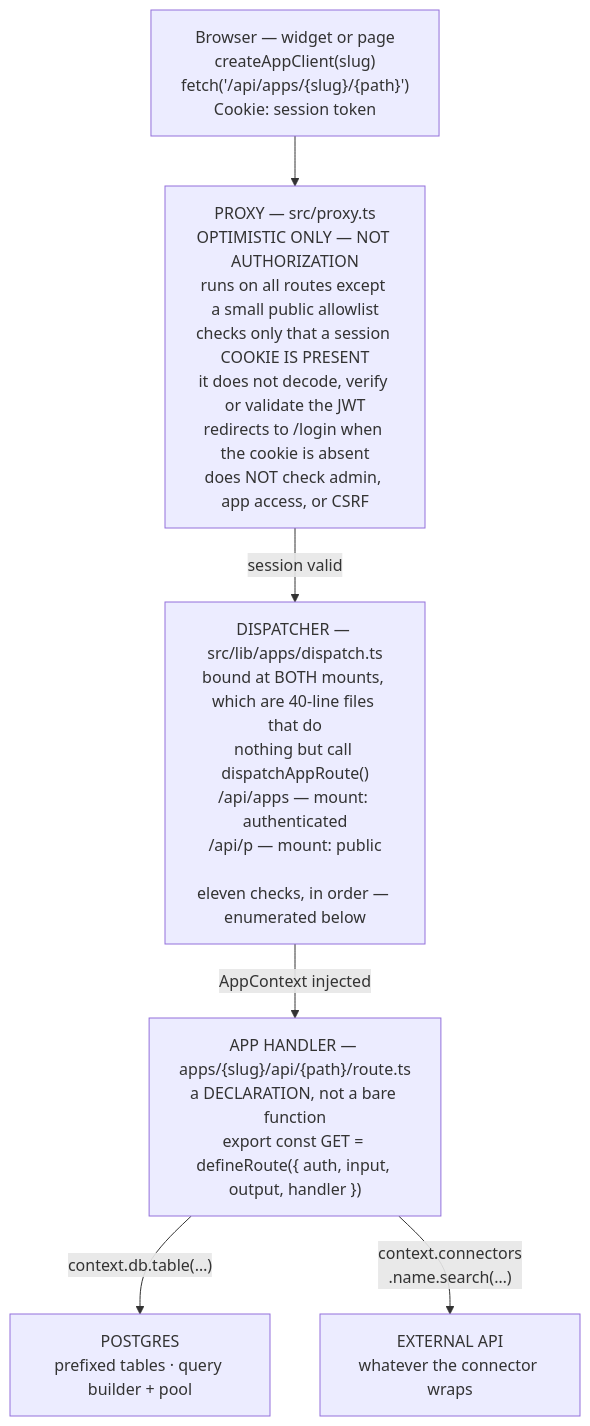
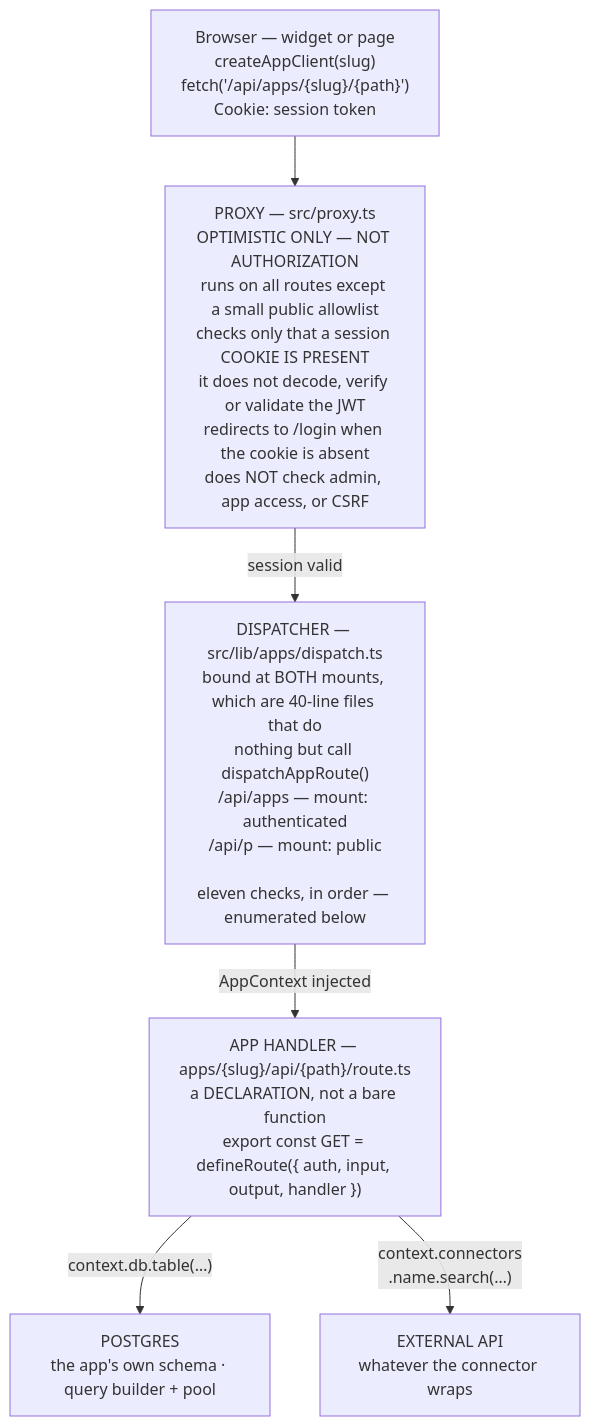
The first of 5 diagrams in docs/security-architecture.md (mixoshq/mixos), drawn with Mermaid before and after one commit. The commit also changed other lines of this file and 30 other files, not shown here.

First line of the commit message:
feat(os)!: a schema and role per app, with migrations checked and run as the app

````diff
--- a/docs/security-architecture.md
+++ b/docs/security-architecture.md
@@ -47,19 +49,19 @@
 ```mermaid
 flowchart TD
     BROWSER["Browser — widget or page<br/>createAppClient(slug)<br/>fetch('/api/apps/{slug}/{path}')<br/>Cookie: session token"]
 
     BROWSER --> PROXY
 
     PROXY["PROXY — src/proxy.ts<br/>OPTIMISTIC ONLY — NOT AUTHORIZATION<br/>runs on all routes except a small public allowlist<br/>checks only that a session COOKIE IS PRESENT<br/>it does not decode, verify or validate the JWT<br/>redirects to /login when the cookie is absent<br/>does NOT check admin, app access, or CSRF"]
 
     PROXY -- "session valid" --> DISPATCH
 
     DISPATCH["DISPATCHER — src/lib/apps/dispatch.ts<br/>bound at BOTH mounts, which are 40-line files that do<br/>nothing but call dispatchAppRoute()<br/>/api/apps — mount: authenticated<br/>/api/p — mount: public<br/><br/>eleven checks, in order — enumerated below"]
 
     DISPATCH -- "AppContext injected" --> HANDLER
 
     HANDLER["APP HANDLER — apps/{slug}/api/{path}/route.ts<br/>a DECLARATION, not a bare function<br/>export const GET = defineRoute({ auth, input, output, handler })"]
 
-    HANDLER -- "context.db.table(…)" --> PG["POSTGRES<br/>prefixed tables · query builder + pool"]
+    HANDLER -- "context.db.table(…)" --> PG["POSTGRES<br/>the app's own schema · query builder + pool"]
     HANDLER -- "context.connectors<br/>.name.search(…)" --> EXT["EXTERNAL API<br/>whatever the connector wraps"]
 ```
````
